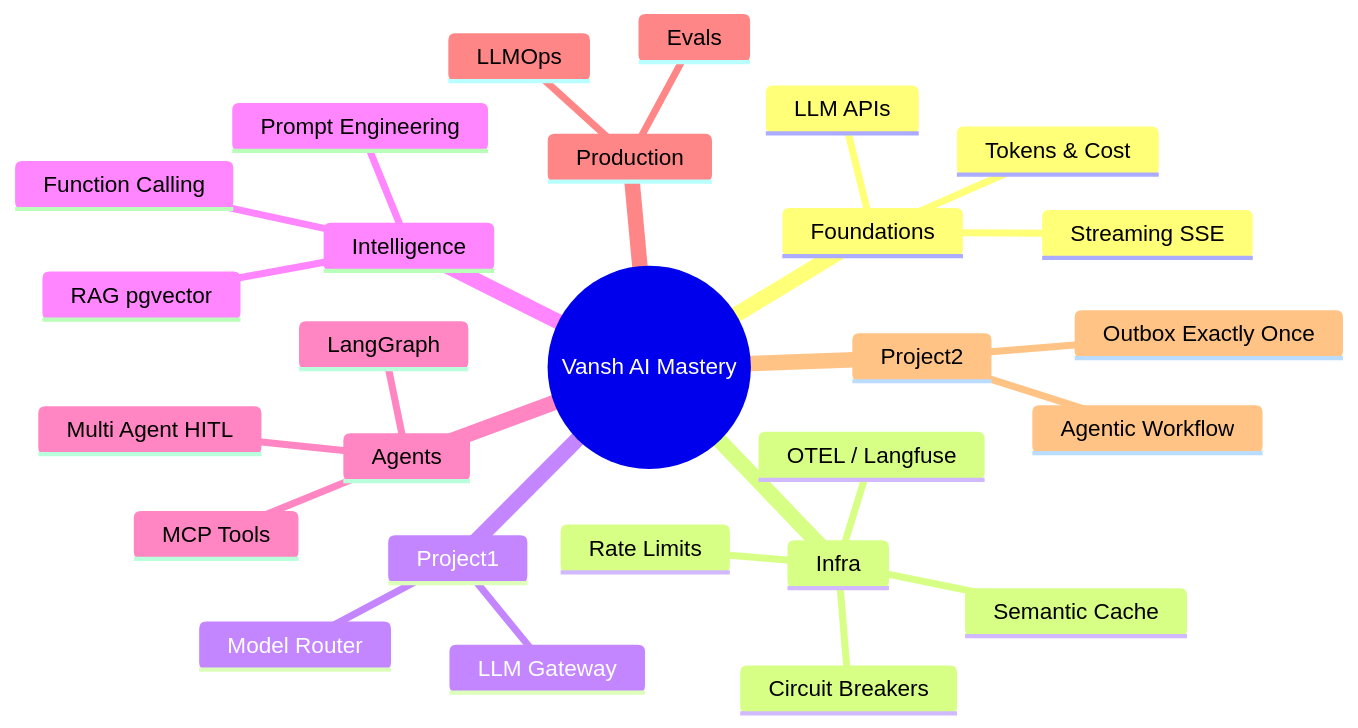
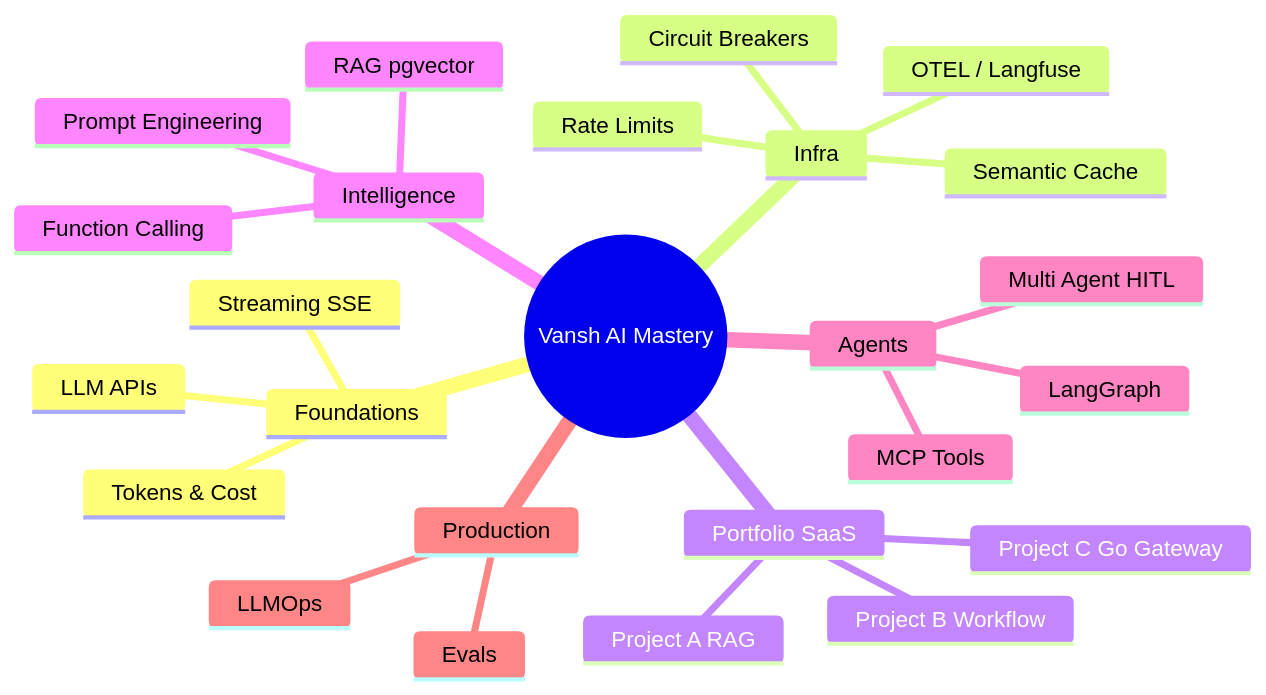
One commit to codevoks/Learning changed the first of 2 diagrams in AI/AI Development/LEARNING-PLAN.md. Above: the diagram before and after it, drawn with Mermaid. The commit also changed other lines of this file and 9 other files, not shown here.

First line of the commit message:
Reframe portfolio as three SaaS products and sync coach context.

````diff
--- a/AI/AI Development/LEARNING-PLAN.md
+++ b/AI/AI Development/LEARNING-PLAN.md
@@ -14,30 +16,28 @@
 ```mermaid
 mindmap
   root((Vansh AI Mastery))
     Foundations
       LLM APIs
       Tokens & Cost
       Streaming SSE
     Infra
       Rate Limits
       Semantic Cache
       Circuit Breakers
       OTEL / Langfuse
-    Project1
-      LLM Gateway
-      Model Router
+    Portfolio SaaS
+      Project A RAG
+      Project B Workflow
+      Project C Go Gateway
     Intelligence
       Prompt Engineering
       RAG pgvector
       Function Calling
     Agents
       LangGraph
       MCP Tools
       Multi Agent HITL
     Production
       Evals
       LLMOps
-    Project2
-      Agentic Workflow
-      Outbox Exactly Once
 ```
````
